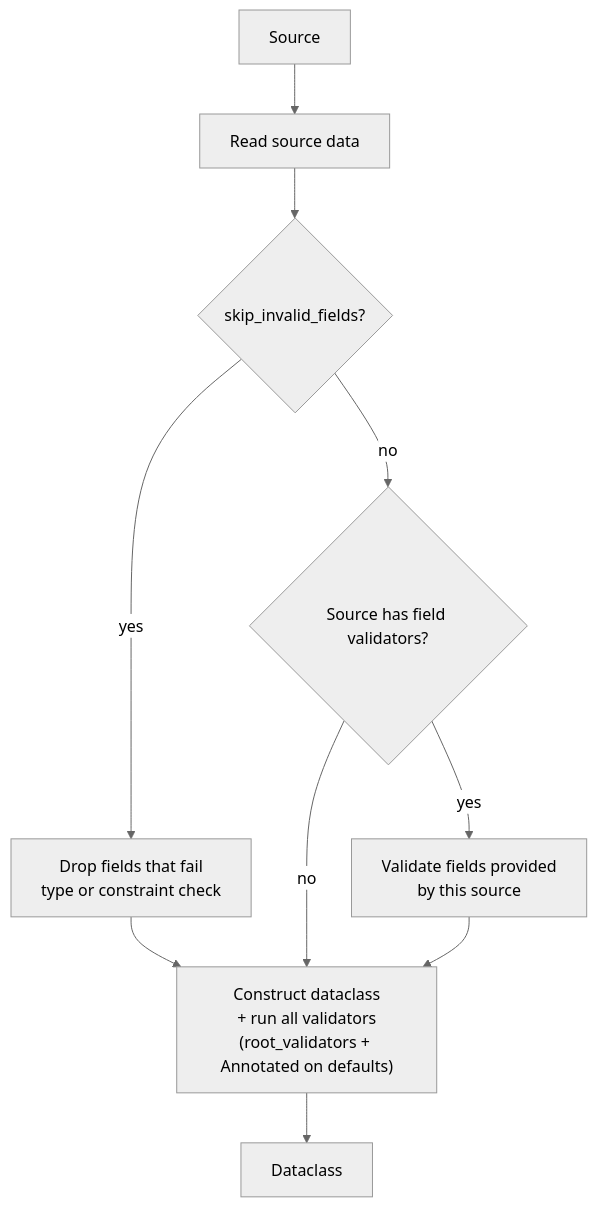
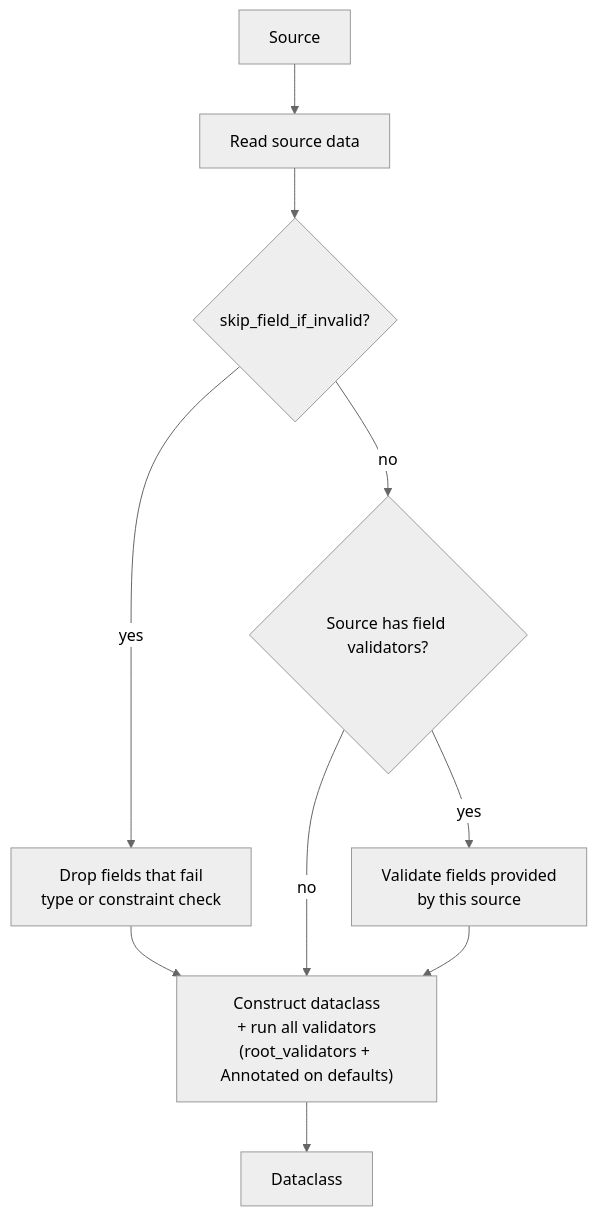
The diagram in docs/loading.md (reagento/dature), drawn with Mermaid (neutral theme) before and after one commit. The commit also changed other lines of this file and 75 other files, not shown here.

````diff
--- a/docs/loading.md
+++ b/docs/loading.md
@@ -5,12 +5,12 @@
 ```mermaid
 graph TD
     S["Source"] --> RAW["Read source data"]
-    RAW --> SK{"skip_invalid_fields?"}
+    RAW --> SK{"skip_field_if_invalid?"}
     SK -- yes --> DROP["Drop fields that fail\ntype or constraint check"]
     SK -- no --> FV{"Source has field validators?"}
     DROP --> ROOT
     FV -- yes --> FP["Validate fields provided\nby this source"]
     FV -- no --> ROOT
     FP --> ROOT["Construct dataclass\n+ run all validators\n(root_validators + Annotated on defaults)"]
     ROOT --> D["Dataclass"]
 ```
````
